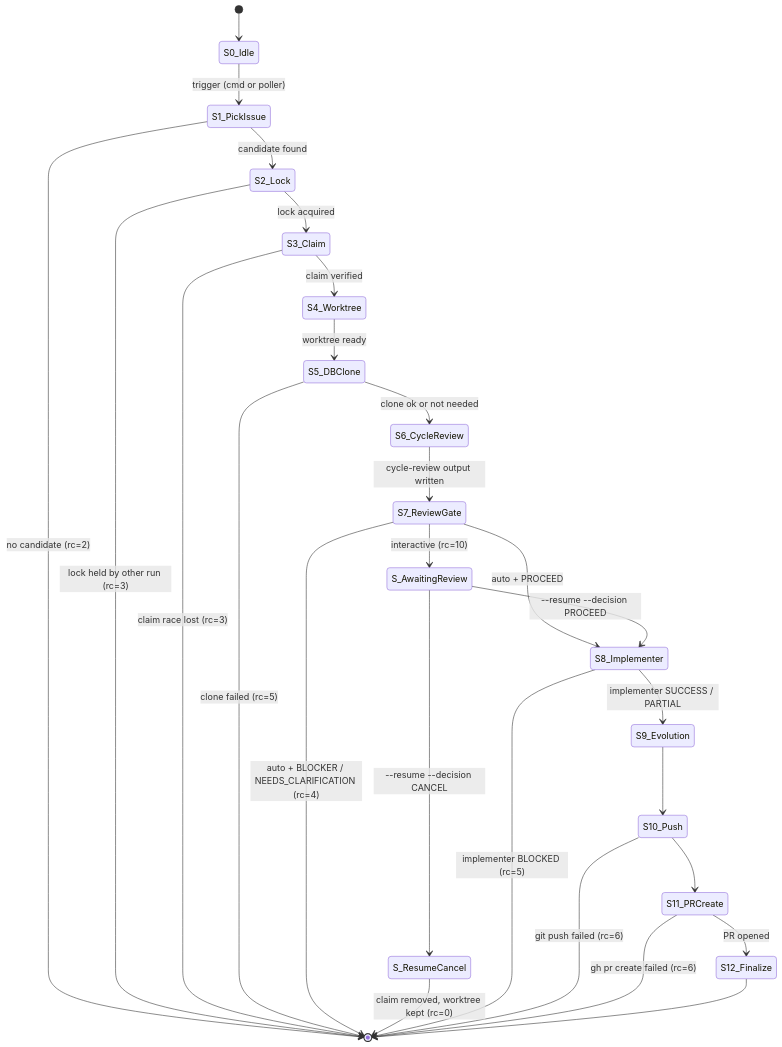
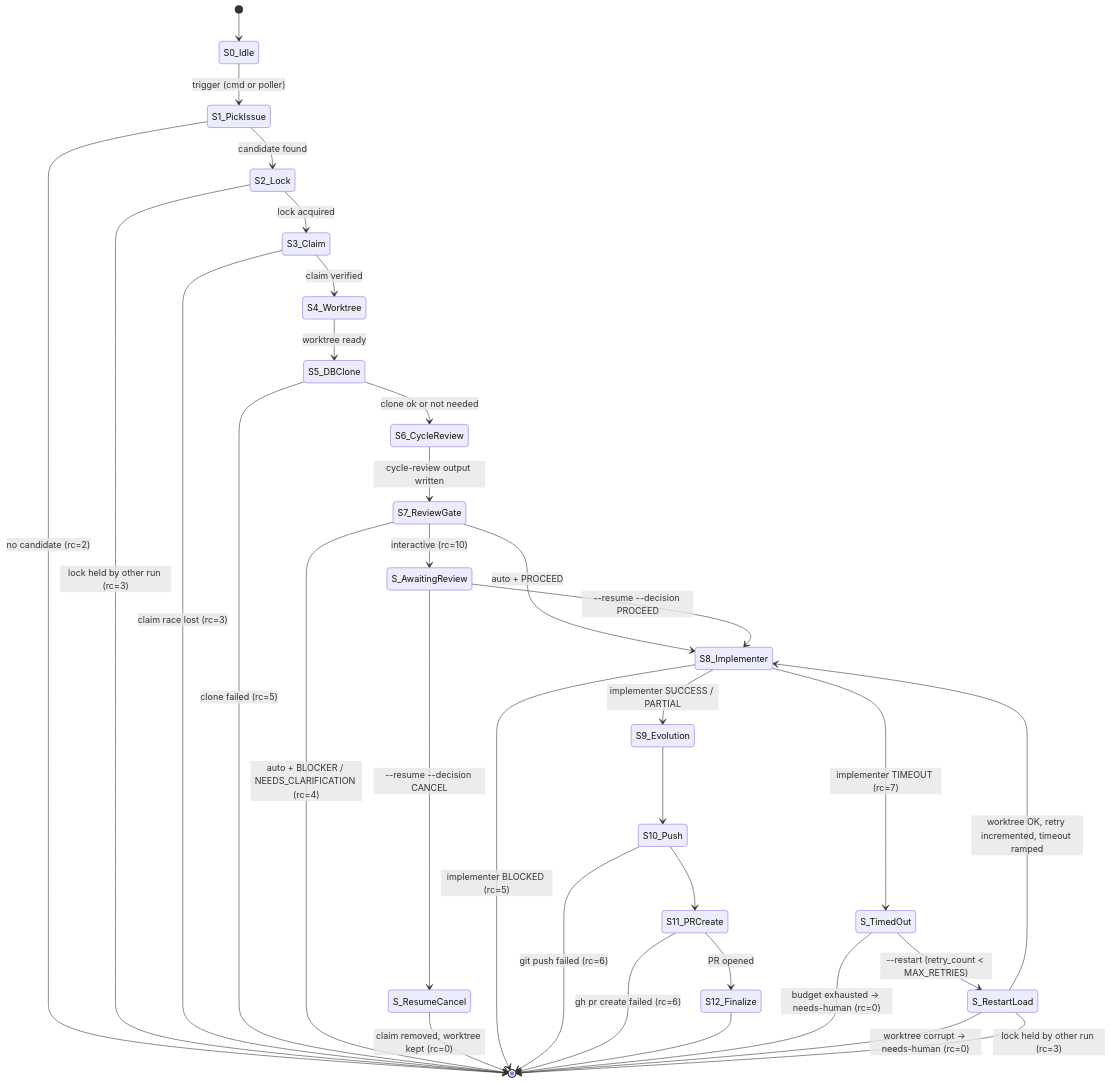
Before and after one commit to Silon-Oy/silon-issue-runner: the diagram in docs/diagrams/run-issues-state-machine.mmd, drawn with Mermaid. The commit also changed 11 other files, not shown here.

```diff
--- a/docs/diagrams/run-issues-state-machine.mmd
+++ b/docs/diagrams/run-issues-state-machine.mmd
@@ -1,52 +1,69 @@
 %% /run-issues orchestrator — state machine
 %% Source of truth for orchestrate.sh control flow. Update both together.
 %%
 %% Two-phase resume-capable machine:
 %%   Phase A (S1..S6) runs from start. Review gate (S7) either decides
 %%   automatically (RUN_ISSUES_AUTO=1) and continues to Phase B in the
 %%   same invocation, or exits 10 ("awaiting_review") preserving lock +
 %%   claim + worktree. A separate --resume <run-dir> --decision
 %%   PROCEED|CANCEL invocation jumps to Phase B (S8..S12) or to
 %%   resume_cancel.
 stateDiagram-v2
     [*] --> S0_Idle
 
     %% ----- Phase A: pick → cycle-review -----
     S0_Idle --> S1_PickIssue: trigger (cmd or poller)
     S1_PickIssue --> S2_Lock: candidate found
     S1_PickIssue --> [*]: no candidate (rc=2)
 
     S2_Lock --> S3_Claim: lock acquired
     S2_Lock --> [*]: lock held by other run (rc=3)
 
     S3_Claim --> S4_Worktree: claim verified
     S3_Claim --> [*]: claim race lost (rc=3)
 
     S4_Worktree --> S5_DBClone: worktree ready
     S5_DBClone --> S6_CycleReview: clone ok or not needed
     S5_DBClone --> [*]: clone failed (rc=5)
 
     %% S6_CycleReview merges the GoodReason Strategist (Σ/χ) and Architect
     %% (β/τ) roles into one prompt (prompts/01-cycle-review.md) — there is no
     %% separate Architect call. Deliberate simplification; see CLAUDE.md.
     S6_CycleReview --> S7_ReviewGate: cycle-review output written
 
     %% ----- Review gate: auto resolves in-process; interactive exits 10 -----
     S7_ReviewGate --> S8_Implementer: auto + PROCEED
     S7_ReviewGate --> [*]: auto + BLOCKER / NEEDS_CLARIFICATION (rc=4)
     S7_ReviewGate --> S_AwaitingReview: interactive (rc=10)
 
     %% ----- Resume entry from awaiting_review -----
     S_AwaitingReview --> S8_Implementer: --resume --decision PROCEED
     S_AwaitingReview --> S_ResumeCancel: --resume --decision CANCEL
     S_ResumeCancel --> [*]: claim removed, worktree kept (rc=0)
 
     %% ----- Phase B: implementer → PR -----
     S8_Implementer --> S9_Evolution: implementer SUCCESS / PARTIAL
     S8_Implementer --> [*]: implementer BLOCKED (rc=5)
+    %% Timeout (claude rc=124, or a hard-kill caught by the cleanup trap):
+    %% finalize status=timed_out + timeout_phase=S8_Implementer, exit 7. The
+    %% per-run current_state field (written by enter_state at every step) is the
+    %% durable record the trap reads to detect a non-terminal S8.
+    S8_Implementer --> S_TimedOut: implementer TIMEOUT (rc=7)
     S9_Evolution --> S10_Push
     S10_Push --> S11_PRCreate
     S10_Push --> [*]: git push failed (rc=6)
     S11_PRCreate --> S12_Finalize: PR opened
     S11_PRCreate --> [*]: gh pr create failed (rc=6)
     S12_Finalize --> [*]
+
+    %% ----- Timeout auto-restart loop -----
+    %% A timed_out run is picked up by poller.sh's scan_timed_out (or a manual
+    %% --restart) and re-enters Phase B with a ramped, capped timeout
+    %% (base*(1+retry_count), cap RUN_ISSUES_CLAUDE_TIMEOUT_MAX). retry_count is
+    %% incremented BEFORE the claude call so the spend is durable under the lock.
+    %% Restart skips pick/claim — the lock + GitHub assignee persist.
+    S_TimedOut --> S_RestartLoad: --restart (retry_count < MAX_RETRIES)
+    S_TimedOut --> [*]: budget exhausted → needs-human (rc=0)
+    S_RestartLoad --> S8_Implementer: worktree OK, retry incremented, timeout ramped
+    S_RestartLoad --> [*]: worktree corrupt → needs-human (rc=0)
+    S_RestartLoad --> [*]: lock held by other run (rc=3)
```
